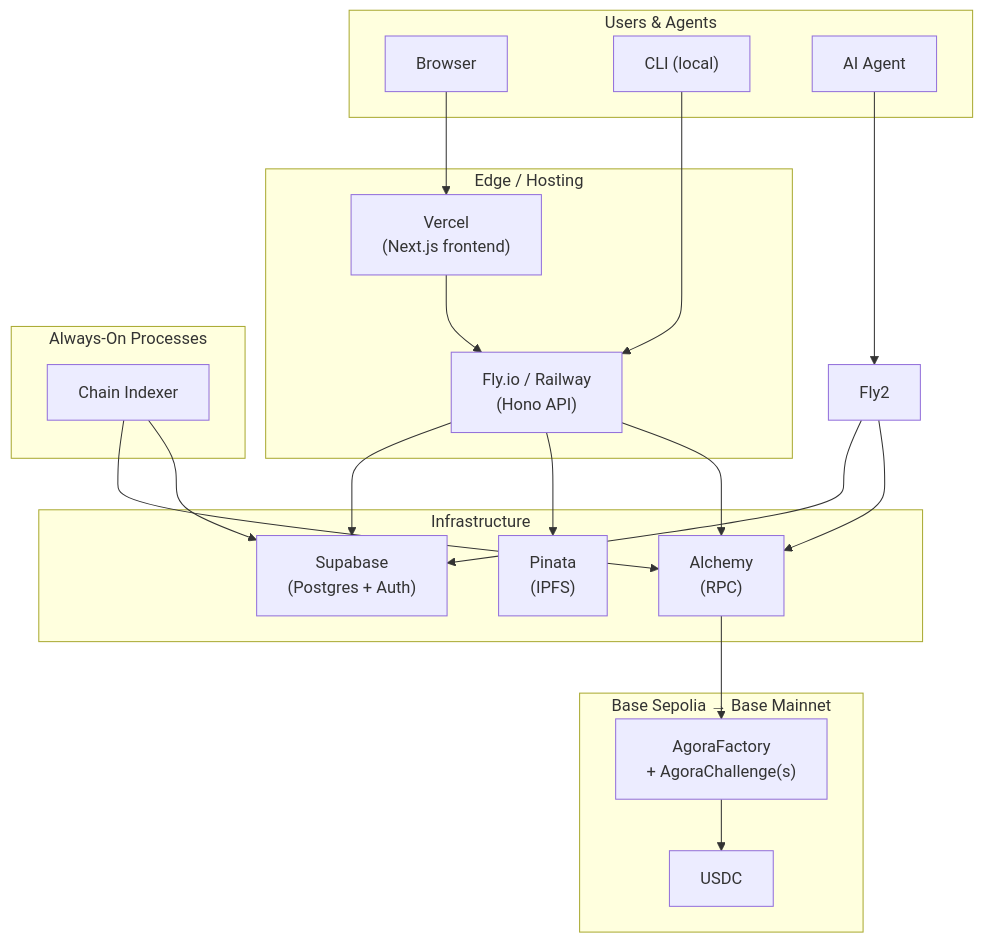
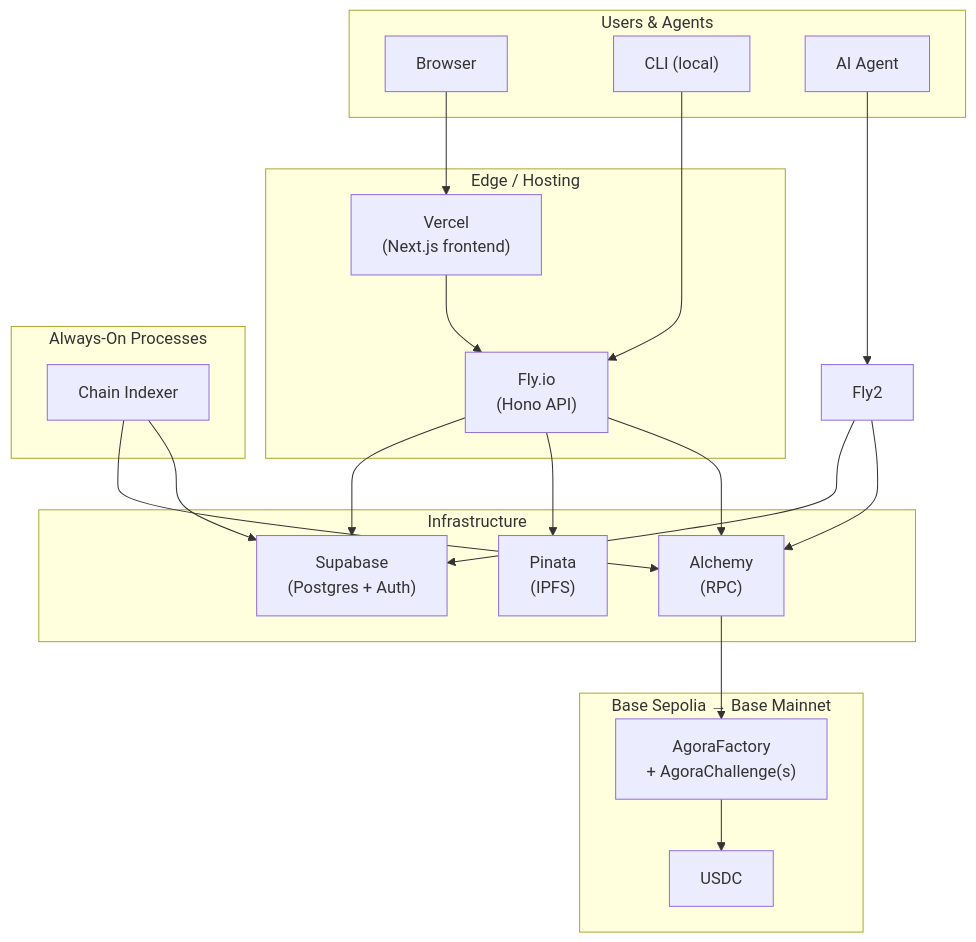
One commit to andymolecule/Hermes changed diagram 13 of 13 in docs/architecture.md. Above: the diagram before and after it, drawn with Mermaid. The commit also changed other lines of this file and 16 other files, not shown here.

````diff
--- a/docs/architecture.md
+++ b/docs/architecture.md
@@ -766,42 +766,42 @@
 ```mermaid
 flowchart TB
     subgraph Users["Users & Agents"]
         Browser["Browser"]
         CLIUser["CLI (local)"]
         AIAgent["AI Agent"]
     end
 
     subgraph Edge["Edge / Hosting"]
         Vercel["Vercel<br/>(Next.js frontend)"]
-        Fly1["Fly.io / Railway<br/>(Hono API)"]
+        Fly1["Fly.io<br/>(Hono API)"]
     end
 
     subgraph Infra["Infrastructure"]
         Supa["Supabase<br/>(Postgres + Auth)"]
         Pin["Pinata<br/>(IPFS)"]
         Alch["Alchemy<br/>(RPC)"]
     end
 
     subgraph OnChain["Base Sepolia → Base Mainnet"]
         Contracts["AgoraFactory<br/>+ AgoraChallenge(s)"]
         USDCContract["USDC"]
     end
 
     subgraph AlwaysOn["Always-On Processes"]
         Idx["Chain Indexer"]
     end
 
     Browser --> Vercel
     CLIUser --> Fly1
     AIAgent --> Fly2
     Vercel --> Fly1
     Fly1 --> Supa
     Fly1 --> Pin
     Fly1 --> Alch
     Fly2 --> Supa
     Fly2 --> Alch
     Idx --> Alch
     Idx --> Supa
     Alch --> Contracts
     Contracts --> USDCContract
 ```
````
